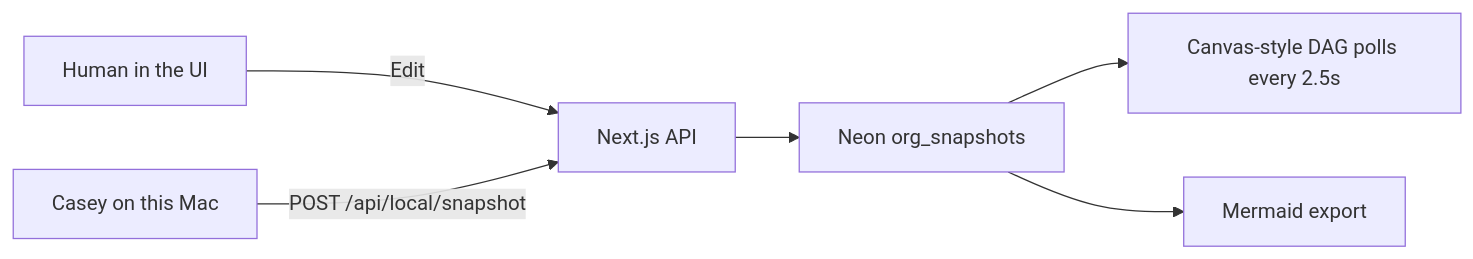
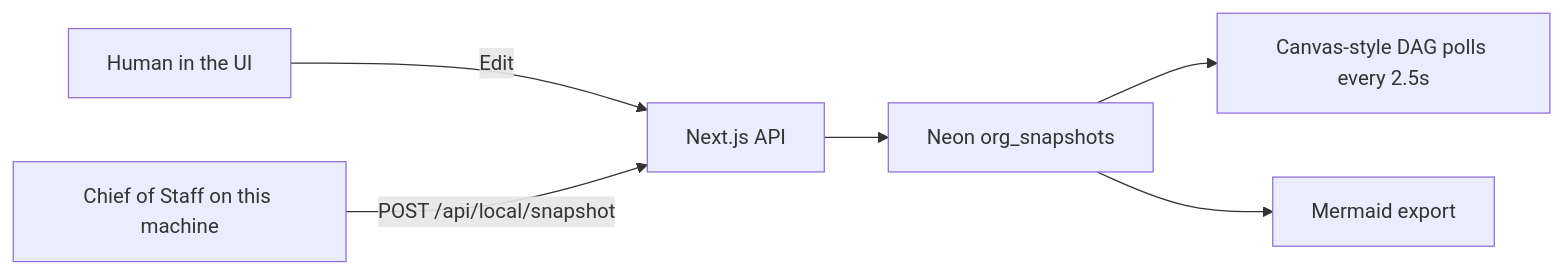
One commit to supe-log/eye-of-grok changed the diagram in ARCHITECTURE.md. Above: the diagram before and after it, drawn with Mermaid. The commit also changed other lines of this file and 5 other files, not shown here.

````diff
--- a/ARCHITECTURE.md
+++ b/ARCHITECTURE.md
@@ -63,8 +63,8 @@
 ```mermaid
 flowchart LR
   Human[Human in the UI] -->|Edit| API
-  Casey[Casey on this Mac] -->|POST /api/local/snapshot| API
+  CoS[Chief of Staff on this machine] -->|POST /api/local/snapshot| API
   API[Next.js API] --> Store[Neon org_snapshots]
   Store --> Map[Canvas-style DAG polls every 2.5s]
   Store --> Mermaid[Mermaid export]
 ```
````
